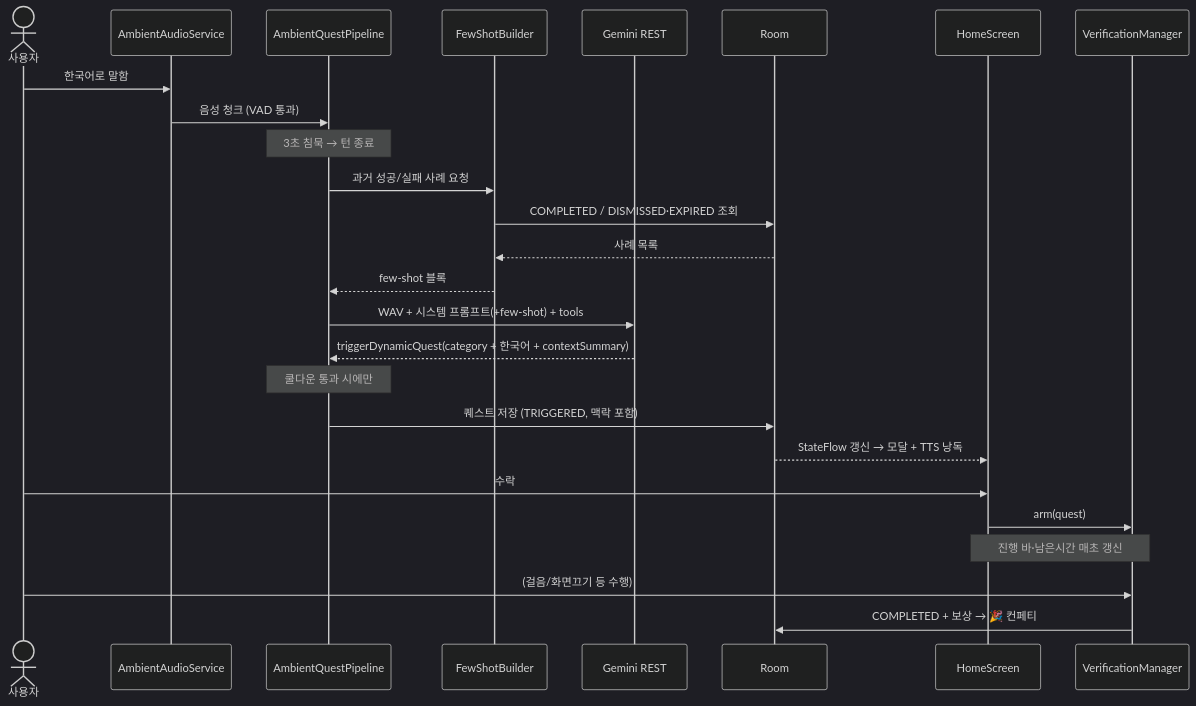
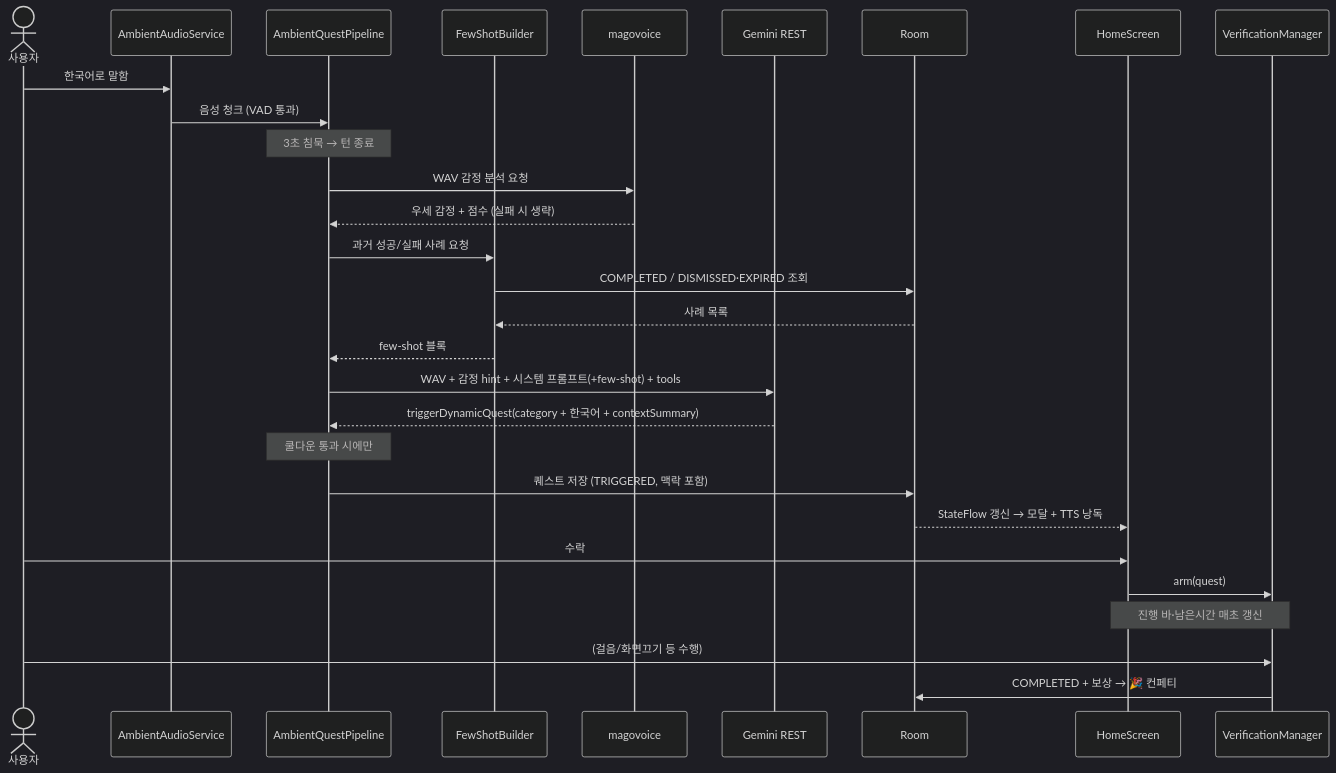
Before and after one commit to RefXTeam/quest-ai-android: the second of 4 diagrams in README.md, drawn with Mermaid (dark theme). The commit also changed other lines of this file and 13 other files, not shown here.

````diff
--- a/README.md
+++ b/README.md
@@ -79,29 +82,32 @@
 ```mermaid
 sequenceDiagram
     actor U as 사용자
     participant S as AmbientAudioService
     participant P as AmbientQuestPipeline
     participant F as FewShotBuilder
+    participant E as magovoice
     participant G as Gemini REST
     participant DB as Room
     participant UI as HomeScreen
     participant V as VerificationManager
 
     U->>S: 한국어로 말함
     S->>P: 음성 청크 (VAD 통과)
     Note over P: 3초 침묵 → 턴 종료
+    P->>E: WAV 감정 분석 요청
+    E-->>P: 우세 감정 + 점수 (실패 시 생략)
     P->>F: 과거 성공/실패 사례 요청
     F->>DB: COMPLETED / DISMISSED·EXPIRED 조회
     DB-->>F: 사례 목록
     F-->>P: few-shot 블록
-    P->>G: WAV + 시스템 프롬프트(+few-shot) + tools
+    P->>G: WAV + 감정 hint + 시스템 프롬프트(+few-shot) + tools
     G-->>P: triggerDynamicQuest(category + 한국어 + contextSummary)
     Note over P: 쿨다운 통과 시에만
     P->>DB: 퀘스트 저장 (TRIGGERED, 맥락 포함)
     DB-->>UI: StateFlow 갱신 → 모달 + TTS 낭독
     U->>UI: 수락
     UI->>V: arm(quest)
     Note over UI,V: 진행 바·남은시간 매초 갱신
     U->>V: (걸음/화면끄기 등 수행)
     V->>DB: COMPLETED + 보상 → 🎉 컨페티
 ```
````
